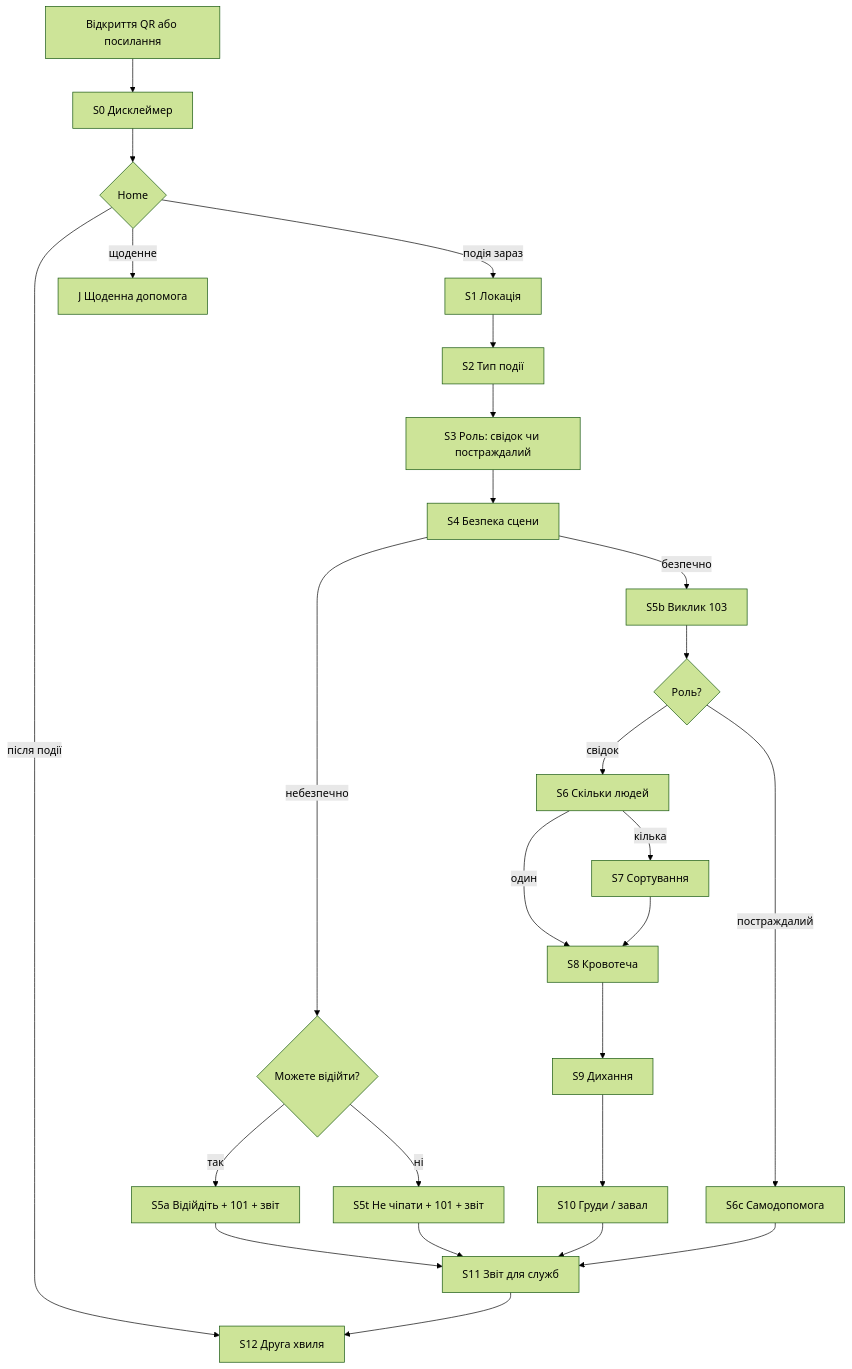
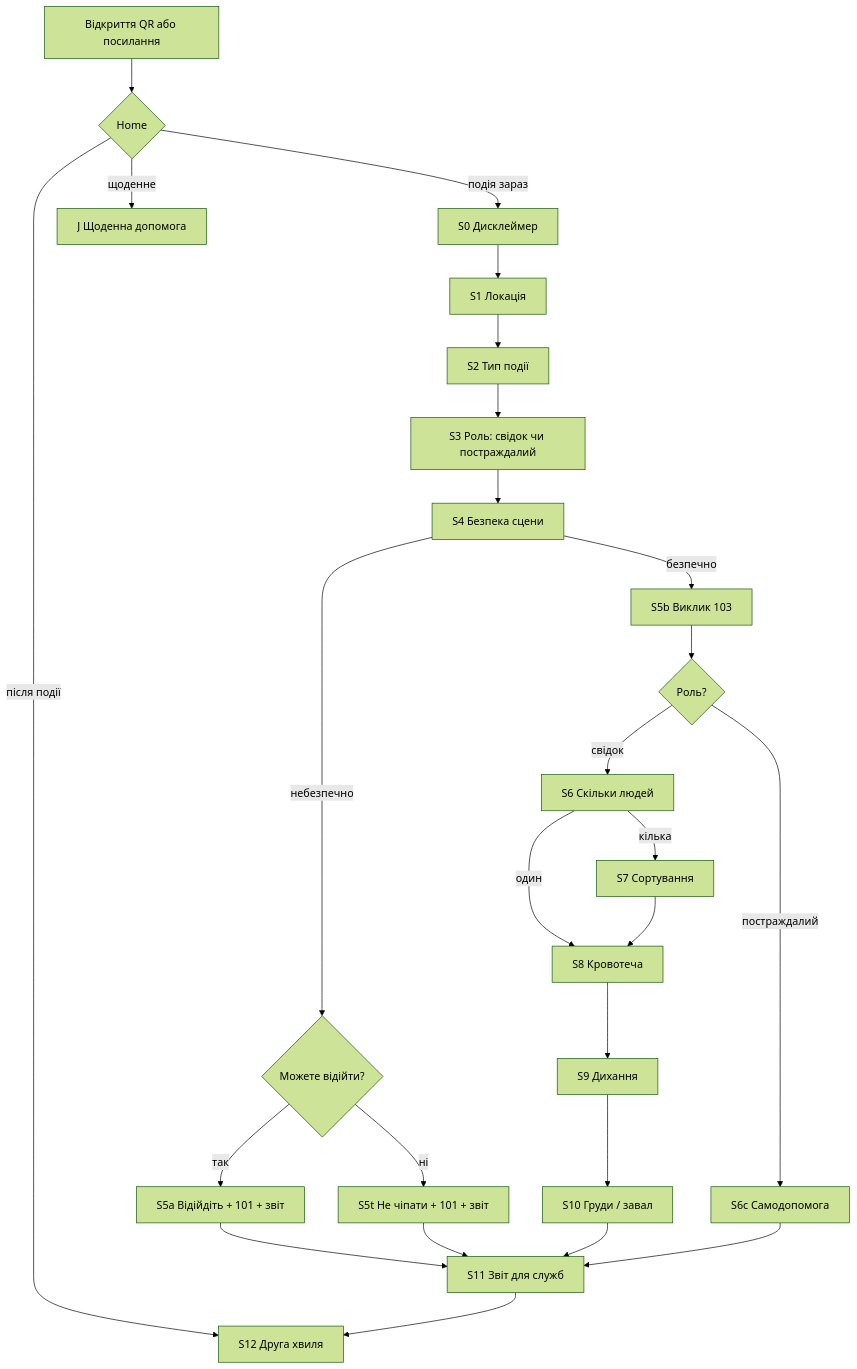
Before and after one commit to kaiserdem/ZeroEchelon: the diagram in docs/12-екрани-та-специфікація.md, drawn with Mermaid (forest theme). The commit also changed other lines of this file and 22 other files, not shown here.

````diff
--- a/docs/12-екрани-та-специфікація.md
+++ b/docs/12-екрани-та-специфікація.md
@@ -58,28 +58,28 @@
 ```mermaid
 flowchart TD
-  Open["Відкриття QR або посилання"] --> S0["S0 Дисклеймер"]
-  S0 --> Home{"Home"}
-  Home -->|"подія зараз"| S1["S1 Локація"]
+  Open["Відкриття QR або посилання"] --> Home{"Home"}
+  Home -->|"подія зараз"| S0["S0 Дисклеймер"]
+  S0 --> S1["S1 Локація"]
   Home -->|"щоденне"| Daily["J Щоденна допомога"]
   Home -->|"після події"| S12["S12 Друга хвиля"]
   S1 --> S2["S2 Тип події"]
   S2 --> S3["S3 Роль: свідок чи постраждалий"]
   S3 --> S4["S4 Безпека сцени"]
   S4 -->|"небезпечно"| CanLeave{"Можете відійти?"}
   CanLeave -->|"так"| S5a["S5a Відійдіть + 101 + звіт"]
   CanLeave -->|"ні"| S5t["S5t Не чіпати + 101 + звіт"]
   S4 -->|"безпечно"| S5b["S5b Виклик 103"]
   S5a --> S11
   S5t --> S11
   S5b --> Branch{"Роль?"}
   Branch -->|"постраждалий"| S6c["S6c Самодопомога"]
   Branch -->|"свідок"| S6["S6 Скільки людей"]
   S6 -->|"кілька"| S7["S7 Сортування"]
   S6 -->|"один"| S8
   S7 --> S8["S8 Кровотеча"]
   S8 --> S9["S9 Дихання"]
   S9 --> S10["S10 Груди / завал"]
   S10 --> S11["S11 Звіт для служб"]
   S6c --> S11
   S11 --> S12
 ```
````
